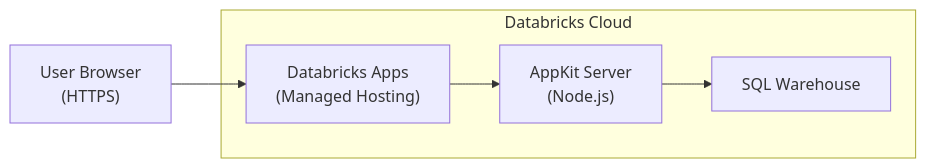
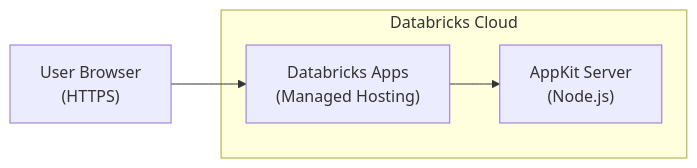
One commit to databricks-solutions/vibe-coding-workshop-template changed the second of 4 diagrams in apps_lakebase/Instructions.md. Above: the diagram before and after it, drawn with Mermaid. The commit also changed other lines of this file and 27 other files, not shown here.

````diff
--- a/apps_lakebase/Instructions.md
+++ b/apps_lakebase/Instructions.md
@@ -399,12 +568,10 @@
 ```mermaid
 graph LR
     User["User Browser<br/>(HTTPS)"] --> DatabricksApps["Databricks Apps<br/>(Managed Hosting)"]
     DatabricksApps --> AppKit["AppKit Server<br/>(Node.js)"]
-    AppKit --> SQLWarehouse["SQL Warehouse"]
 
     subgraph cloud [Databricks Cloud]
         DatabricksApps
         AppKit
-        SQLWarehouse
     end
 ```
````
